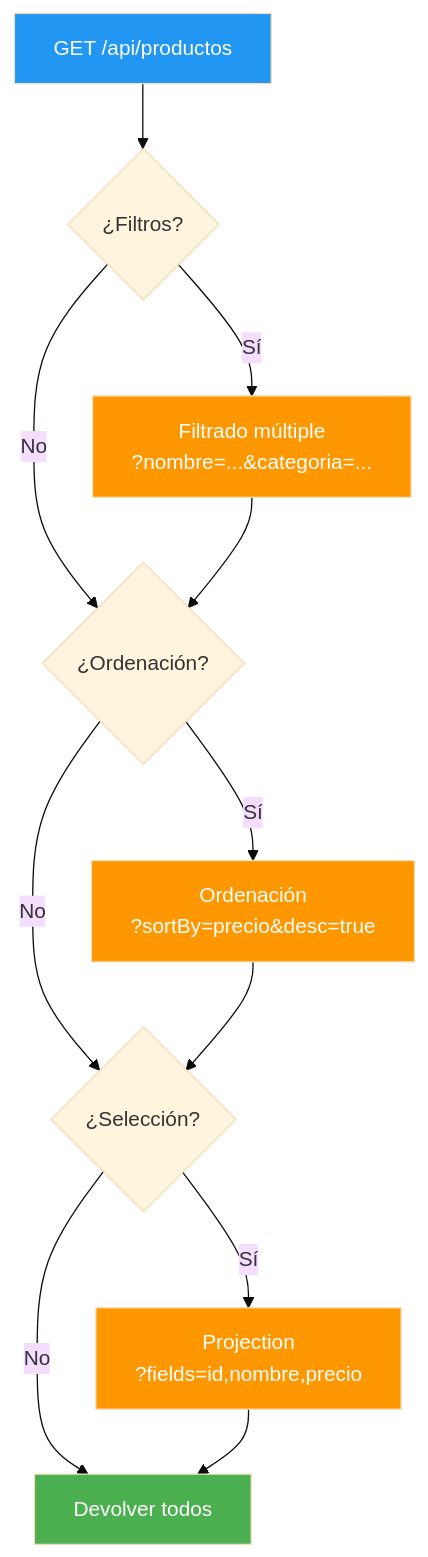
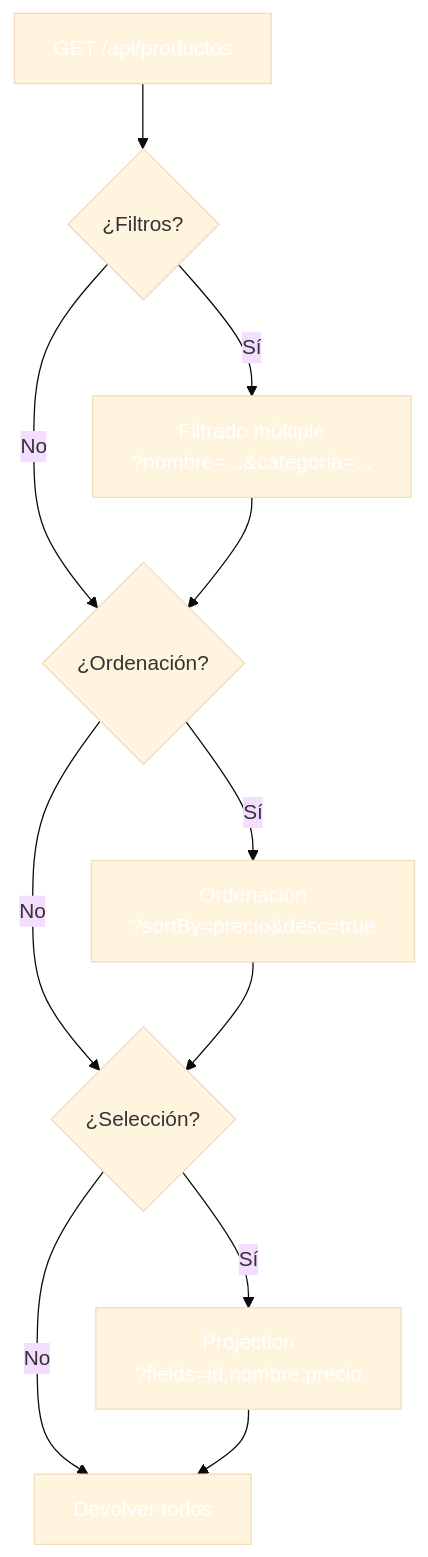
One commit to joseluisgs/DesarrolloWebEntornosServidor-02-2026-2027 changed the sixth of 11 diagrams in 08-dtos-mapeadores-validaciones.md. Above: the diagram before and after it, drawn with Mermaid (base theme). The commit also changed other lines of this file and 41 other files, not shown here.

````diff
--- a/08-dtos-mapeadores-validaciones.md
+++ b/08-dtos-mapeadores-validaciones.md
@@ -771,19 +771,19 @@
 ```mermaid
 flowchart TD
     A["GET /api/productos"] --> B{"¿Filtros?"}
     B -->|Sí| C["Filtrado múltiple<br/>?nombre=...&categoria=..."]
     B -->|No| D{"¿Ordenación?"}
     C --> D
     D -->|Sí| E["Ordenación<br/>?sortBy=precio&desc=true"]
     D -->|No| F{"¿Selección?"}
     E --> F
     F -->|Sí| G["Projection<br/>?fields=id,nombre,precio"]
     F -->|No| H["Devolver todos"]
     G --> H
 
-    style A fill:#2196F3,color:#fff
-    style C fill:#FF9800,color:#fff
-    style E fill:#FF9800,color:#fff
-    style G fill:#FF9800,color:#fff
-    style H fill:#4CAF50,color:#fff
+    style A fill:#2196F,color:#fff3,color:#fff
+    style C fill:#FF980,color:#fff0,color:#fff
+    style E fill:#FF980,color:#fff0,color:#fff
+    style G fill:#FF980,color:#fff0,color:#fff
+    style H fill:#4CAF5,color:#fff0,color:#fff
 ```
````
